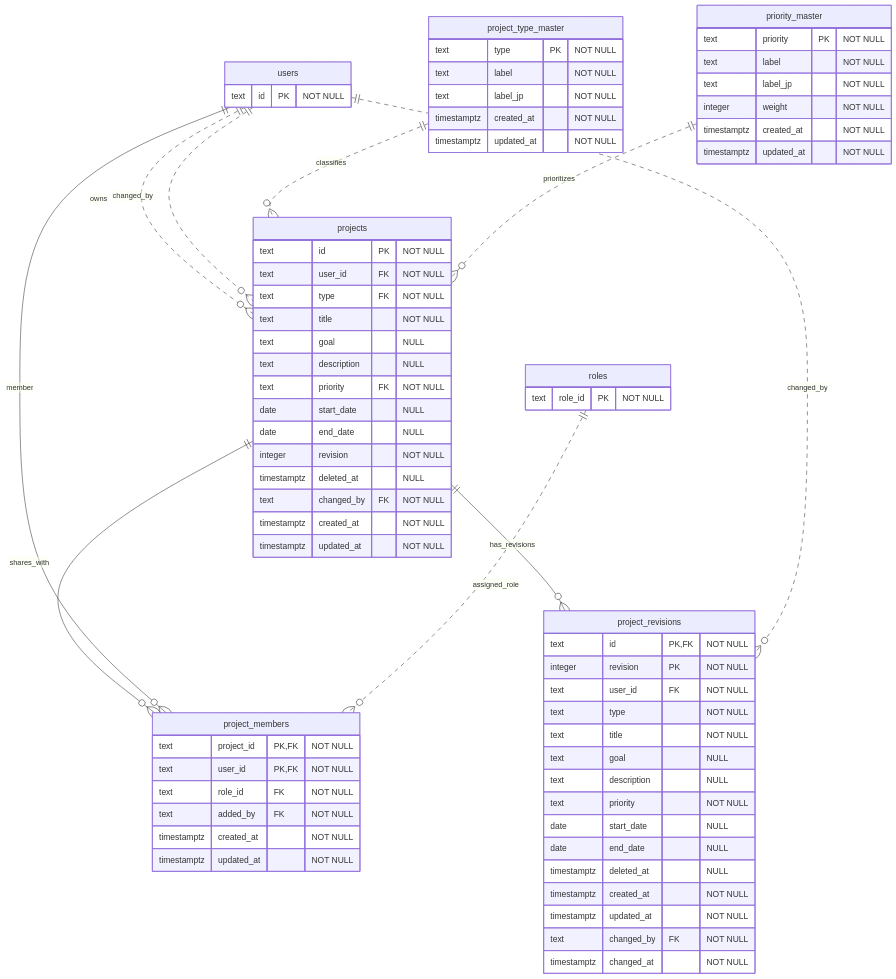
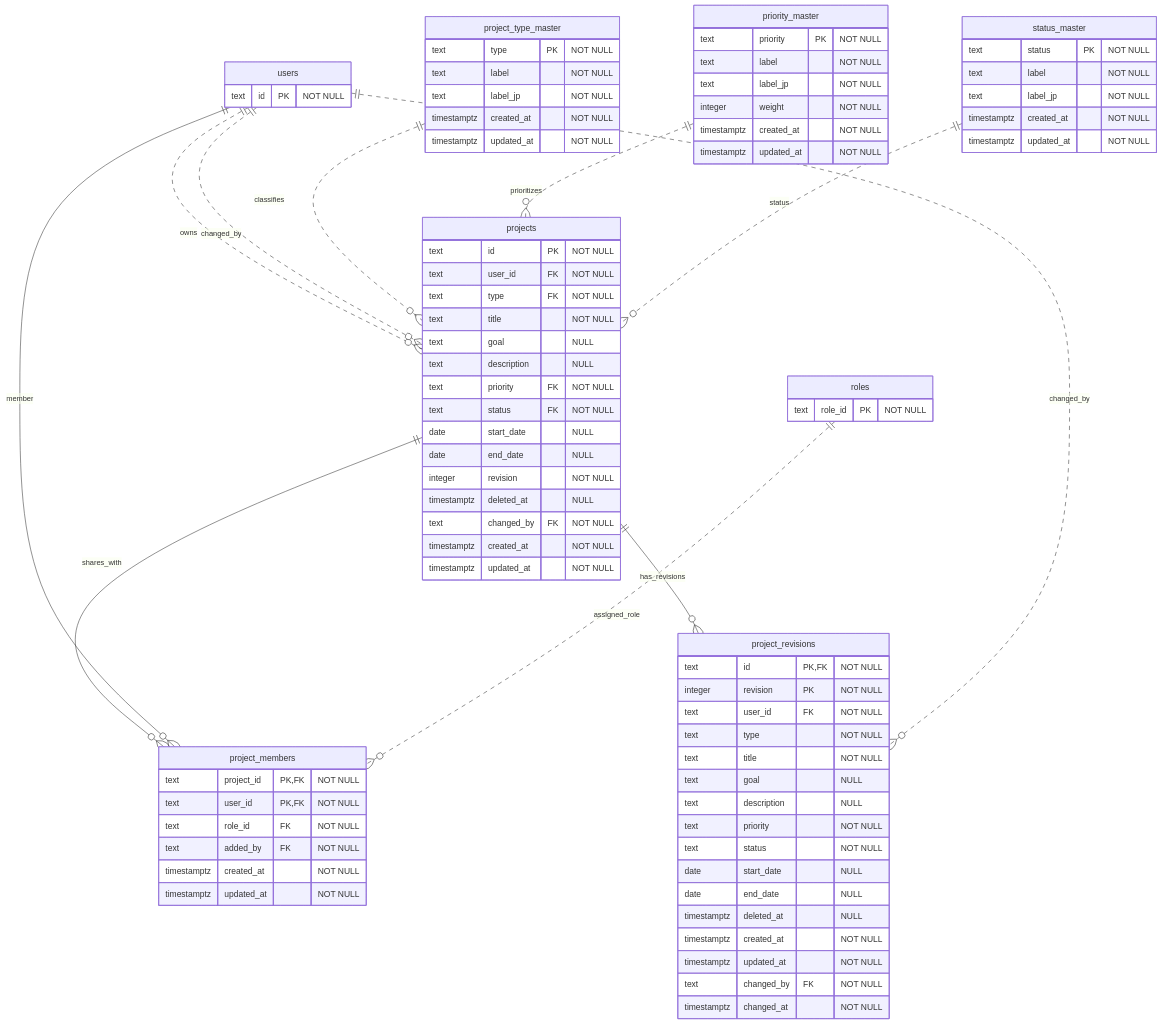
The diagram in backend/db/er/project.mmd (Najah7/task2todaytodo), drawn with Mermaid before and after one commit. The commit also changed 152 other files, not shown here.

```diff
--- a/backend/db/er/project.mmd
+++ b/backend/db/er/project.mmd
@@ -1,82 +1,93 @@
 erDiagram
     %% users and roles are defined in auth.mmd; project_members is shown here for permissions.
     %% Composite unique key: projects(id, user_id).
 
     users {
         text id PK "NOT NULL"
     }
 
     roles {
         text role_id PK "NOT NULL"
     }
 
     project_type_master {
         text type PK "NOT NULL"
         text label "NOT NULL"
         text label_jp "NOT NULL"
         timestamptz created_at "NOT NULL"
         timestamptz updated_at "NOT NULL"
     }
 
     priority_master {
         text priority PK "NOT NULL"
         text label "NOT NULL"
         text label_jp "NOT NULL"
         integer weight "NOT NULL"
         timestamptz created_at "NOT NULL"
         timestamptz updated_at "NOT NULL"
     }
 
+    status_master {
+        text status PK "NOT NULL"
+        text label "NOT NULL"
+        text label_jp "NOT NULL"
+        timestamptz created_at "NOT NULL"
+        timestamptz updated_at "NOT NULL"
+    }
+
     projects {
         text id PK "NOT NULL"
         text user_id FK "NOT NULL"
         text type FK "NOT NULL"
         text title "NOT NULL"
         text goal "NULL"
         text description "NULL"
         text priority FK "NOT NULL"
+        text status FK "NOT NULL"
         date start_date "NULL"
         date end_date "NULL"
         integer revision "NOT NULL"
         timestamptz deleted_at "NULL"
         text changed_by FK "NOT NULL"
         timestamptz created_at "NOT NULL"
         timestamptz updated_at "NOT NULL"
     }
 
     project_members {
         text project_id PK, FK "NOT NULL"
         text user_id PK, FK "NOT NULL"
         text role_id FK "NOT NULL"
         text added_by FK "NOT NULL"
         timestamptz created_at "NOT NULL"
         timestamptz updated_at "NOT NULL"
     }
 
     project_revisions {
         text id PK, FK "NOT NULL"
         integer revision PK "NOT NULL"
         text user_id FK "NOT NULL"
         text type "NOT NULL"
         text title "NOT NULL"
         text goal "NULL"
         text description "NULL"
         text priority "NOT NULL"
+        text status "NOT NULL"
         date start_date "NULL"
         date end_date "NULL"
         timestamptz deleted_at "NULL"
         timestamptz created_at "NOT NULL"
         timestamptz updated_at "NOT NULL"
         text changed_by FK "NOT NULL"
         timestamptz changed_at "NOT NULL"
     }
 
     users ||..o{ projects : owns
     users ||..o{ projects : changed_by
     project_type_master ||..o{ projects : classifies
     priority_master ||..o{ projects : prioritizes
+    status_master ||..o{ projects : status
     projects ||--o{ project_members : shares_with
     users ||--o{ project_members : member
     roles ||..o{ project_members : assigned_role
     projects ||--o{ project_revisions : has_revisions
     users ||..o{ project_revisions : changed_by
```
